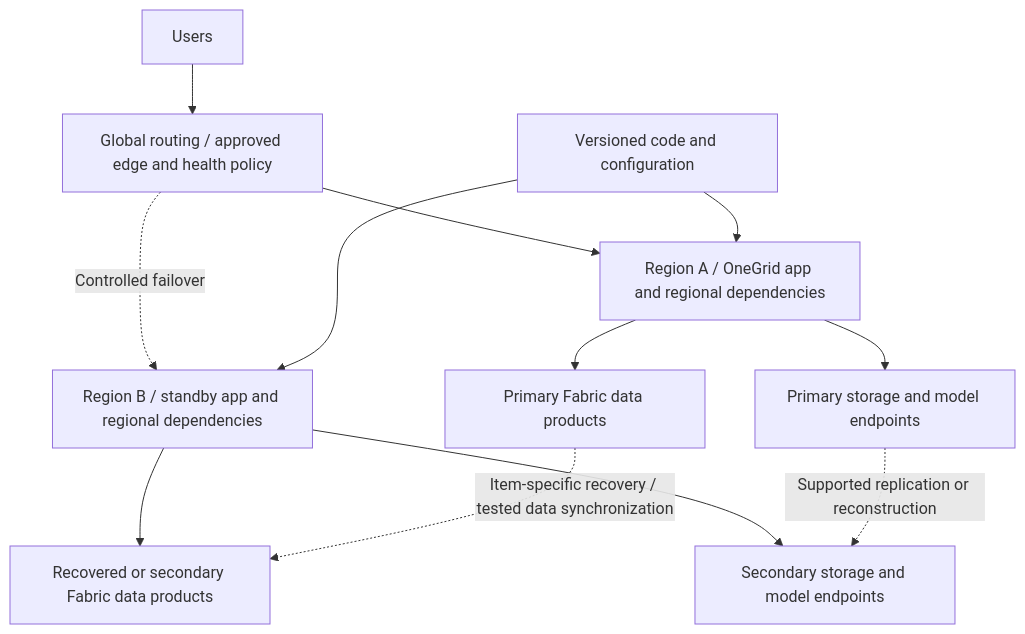
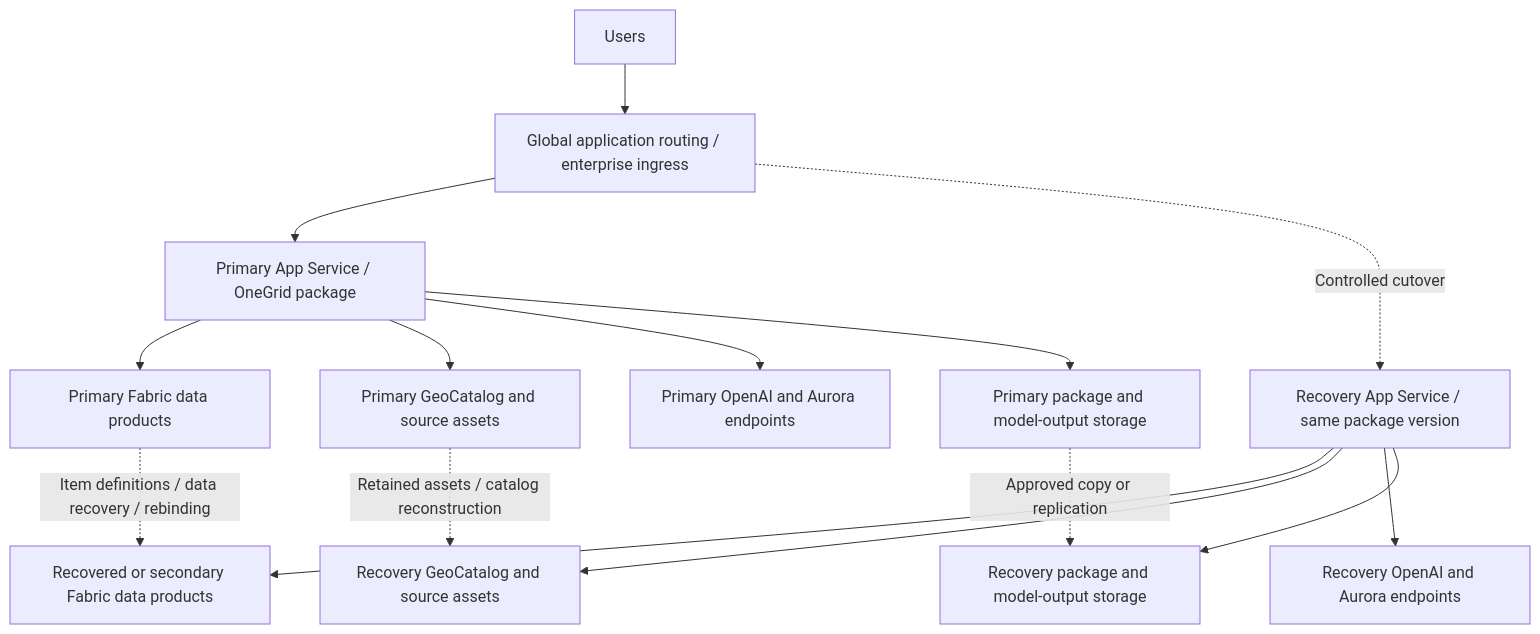
One commit to paulshaheen/OneGrid changed the diagram in docs/architecture/multiregion.md. Above: the diagram before and after it, drawn with Mermaid. The commit also changed other lines of this file and 9 other files, not shown here.

First line of the commit message:
docs: document OneGrid solution architecture and operations

````diff
--- a/docs/architecture/multiregion.md
+++ b/docs/architecture/multiregion.md
@@ -30,14 +19,17 @@
 ```mermaid
 flowchart TB
-    Users[Users] --> Route[Global routing / approved edge and health policy]
-    Route --> A[Region A / OneGrid app and regional dependencies]
-    Route -. Controlled failover .-> B[Region B / standby app and regional dependencies]
+    Users[Users] --> Route[Global application routing / enterprise ingress]
+    Route --> A[Primary App Service / OneGrid package]
+    Route -. Controlled cutover .-> B[Recovery App Service / same package version]
     A --> FA[Primary Fabric data products]
+    A --> GA[Primary GeoCatalog and source assets]
+    A --> MA[Primary OpenAI and Aurora endpoints]
+    A --> SA[Primary package and model-output storage]
     B --> FB[Recovered or secondary Fabric data products]
-    A --> SA[Primary storage and model endpoints]
-    B --> SB[Secondary storage and model endpoints]
-    FA -. Item-specific recovery / tested data synchronization .-> FB
-    SA -. Supported replication or reconstruction .-> SB
-    Release[Versioned code and configuration] --> A
-    Release --> B
+    B --> GB[Recovery GeoCatalog and source assets]
+    B --> MB[Recovery OpenAI and Aurora endpoints]
+    B --> SB[Recovery package and model-output storage]
+    FA -. Item definitions / data recovery / rebinding .-> FB
+    SA -. Approved copy or replication .-> SB
+    GA -. Retained assets / catalog reconstruction .-> GB
 ```
````
